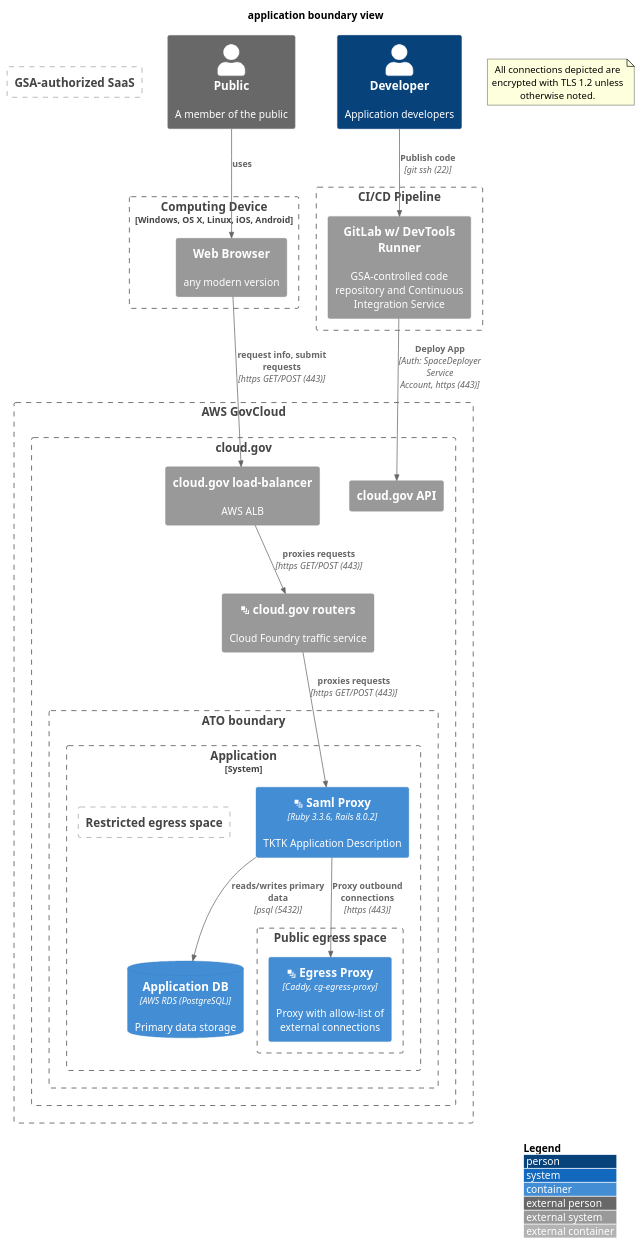
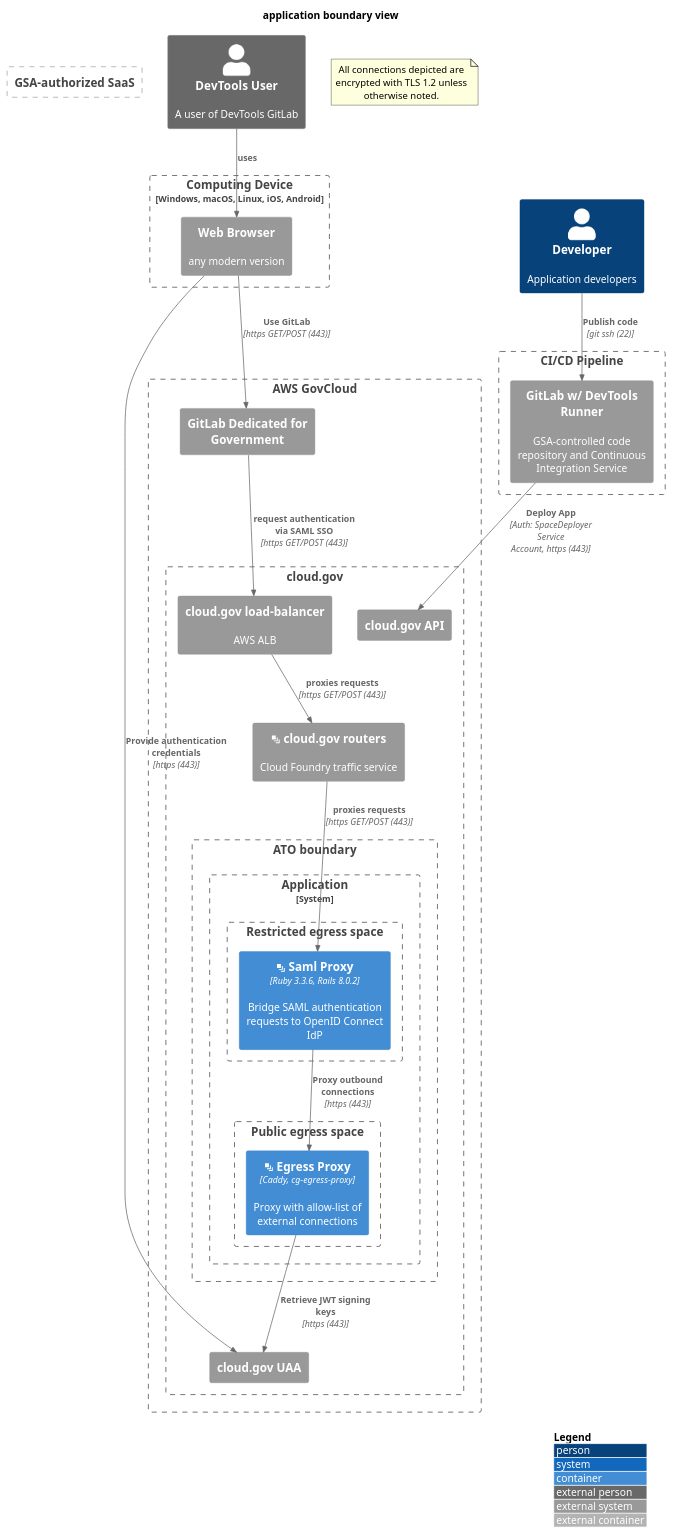
One commit to rahearn/saml-proxy changed the diagram in doc/compliance/apps/application.boundary.md. Above: the diagram before and after it, drawn with PlantUML. The commit also changed other lines of this file and 4 other files, not shown here.

Commit message:
Update boundary and data flow diagrams

````diff
--- a/doc/compliance/apps/application.boundary.md
+++ b/doc/compliance/apps/application.boundary.md
@@ -5,54 +5,57 @@
 ```plantuml
 @startuml
 !include https://raw.githubusercontent.com/plantuml-stdlib/C4-PlantUML/master/C4_Container.puml
 ' uncomment the following line and comment the first to use locally
 ' !include C4_Container.puml
 LAYOUT_WITH_LEGEND()
 title application boundary view
 
-Person_Ext(public, "Public", "A member of the public")
+Person_Ext(public, "DevTools User", "A user of DevTools GitLab")
 Person(developer, "Developer", "Application developers")
 
-Boundary(device, "Computing Device", "Windows, OS X, Linux, iOS, Android"){
+Boundary(device, "Computing Device", "Windows, macOS, Linux, iOS, Android"){
     System_Ext(browser, "Web Browser", "any modern version")
 }
 Rel(public, browser, "uses", "")
 
 note as EncryptionNote
 All connections depicted are encrypted with TLS 1.2 unless otherwise noted.
 end note
 Boundary(aws, "AWS GovCloud") {
+    System_Ext(gdg, "GitLab Dedicated for Government")
     Boundary(cloudgov, "cloud.gov") {
         System_Ext(cg_api, "cloud.gov API")
+        System_Ext(cg_uaa, "cloud.gov UAA")
         System_Ext(aws_alb, "cloud.gov load-balancer", "AWS ALB")
         System_Ext(cloudgov_router, "<&layers> cloud.gov routers", "Cloud Foundry traffic service")
         Boundary(atob, "ATO boundary") {
             System_Boundary(inventory, "Application") {
                 Boundary(restricted_space, "Restricted egress space") {
+                    Container(app, "<&layers> Saml Proxy", "Ruby 3.3.6, Rails 8.0.2", "Bridge SAML authentication requests to OpenID Connect IdP")
                 }
                 Boundary(egress_space, "Public egress space") {
                     Container(proxy, "<&layers> Egress Proxy", "Caddy, cg-egress-proxy", "Proxy with allow-list of external connections")
                 }
-                Container(app, "<&layers> Saml Proxy", "Ruby 3.3.6, Rails 8.0.2", "TKTK Application Description")
-                ContainerDb(app_db, "Application DB", "AWS RDS (PostgreSQL)", "Primary data storage")
             }
         }
     }
 }
 
 Boundary(gsa_saas, "GSA-authorized SaaS") {
 }
 
 Boundary(cicd, "CI/CD Pipeline") {
     System_Ext(gitlabci, "GitLab w/ DevTools Runner", "GSA-controlled code repository and Continuous Integration Service")
 }
 
-Rel(browser, aws_alb, "request info, submit requests", "https GET/POST (443)")
+Rel(browser, gdg, "Use GitLab", "https GET/POST (443)")
+Rel(gdg, aws_alb, "request authentication via SAML SSO", "https GET/POST (443)")
 Rel(aws_alb, cloudgov_router, "proxies requests", "https GET/POST (443)")
 Rel(cloudgov_router, app, "proxies requests", "https GET/POST (443)")
-Rel(app, app_db, "reads/writes primary data", "psql (5432)")
 Rel(developer, gitlabci, "Publish code", "git ssh (22)")
 Rel(gitlabci, cg_api, "Deploy App", "Auth: SpaceDeployer Service Account, https (443)")
 Rel(app, proxy, "Proxy outbound connections", "https (443)")
+Rel(proxy, cg_uaa, "Retrieve JWT signing keys", "https (443)")
+Rel(browser, cg_uaa, "Provide authentication credentials", "https (443)")
 @enduml
 ```
````
